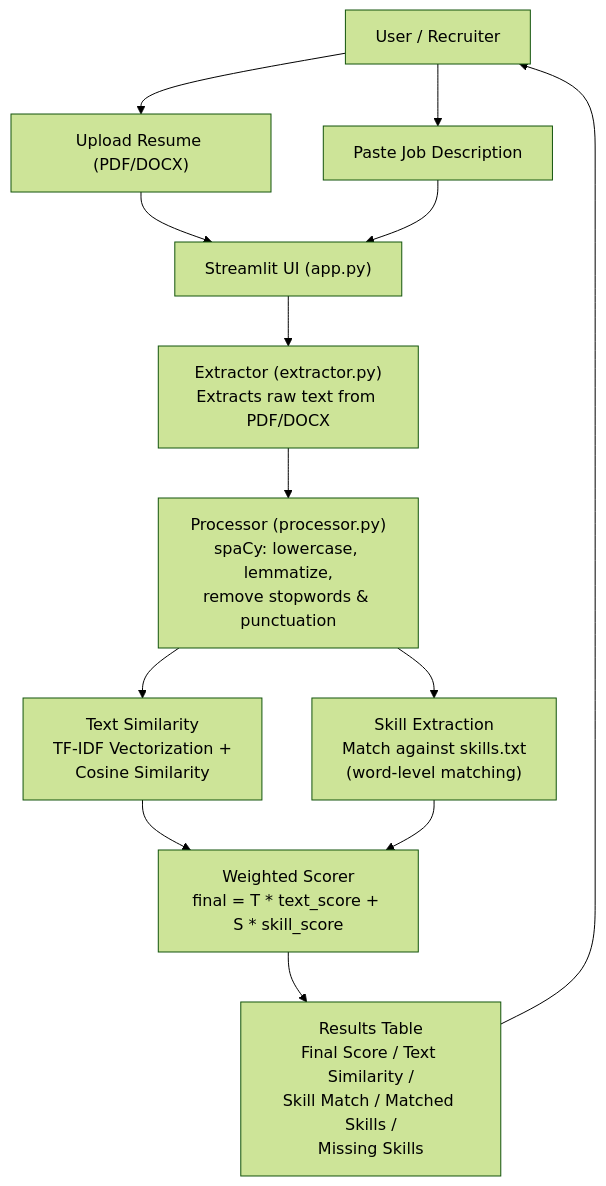
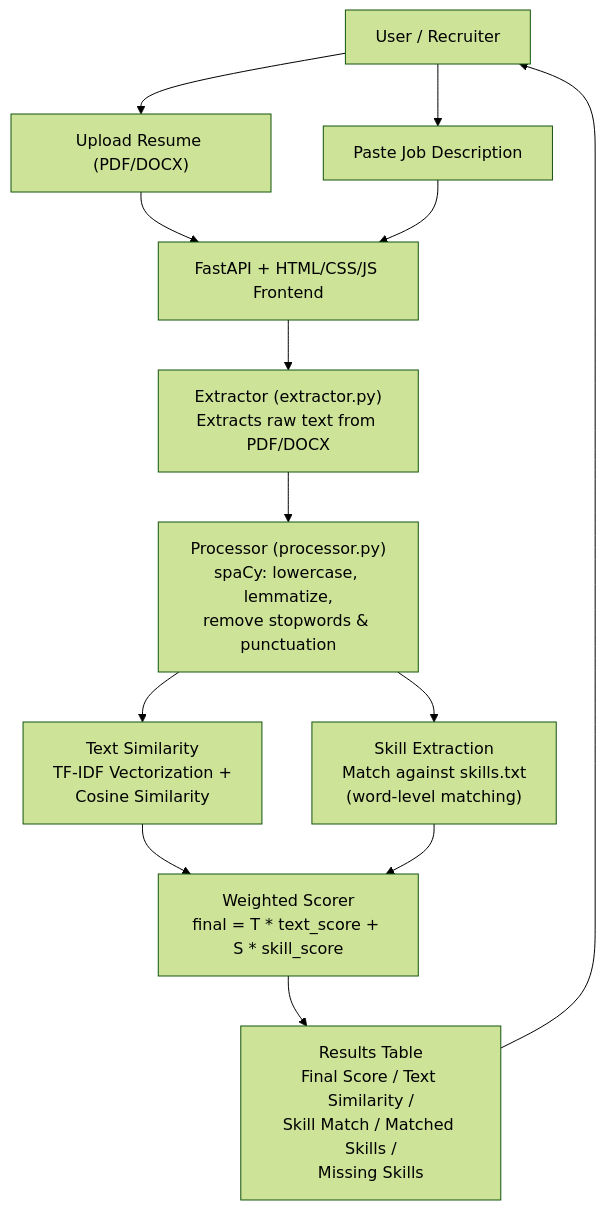
Before and after one commit to learnerforge/resume-screening-ml: the first of 2 diagrams in README.md, drawn with Mermaid (forest theme). The commit also changed other lines of this file and 35 other files, not shown here.

````diff
--- a/README.md
+++ b/README.md
@@ -14,21 +14,21 @@
 ```mermaid
 flowchart TD
     User["User / Recruiter"] --> Upload["Upload Resume (PDF/DOCX)"]
     User --> Paste["Paste Job Description"]
 
-    Upload --> App["Streamlit UI (app.py)"]
+    Upload --> App["FastAPI + HTML/CSS/JS Frontend"]
     Paste --> App
 
     App --> Extractor["Extractor (extractor.py)\nExtracts raw text from PDF/DOCX"]
     Extractor --> Processor["Processor (processor.py)\nspaCy: lowercase, lemmatize,\nremove stopwords & punctuation"]
 
     Processor --> TextSimilarity["Text Similarity\nTF-IDF Vectorization +\nCosine Similarity"]
     Processor --> SkillExtract["Skill Extraction\nMatch against skills.txt\n(word-level matching)"]
 
     TextSimilarity --> Scorer["Weighted Scorer\nfinal = T * text_score + S * skill_score"]
     SkillExtract --> Scorer
 
     Scorer --> Result["Results Table\nFinal Score / Text Similarity /\nSkill Match / Matched Skills /\nMissing Skills"]
 
     Result --> User
 ```
````
